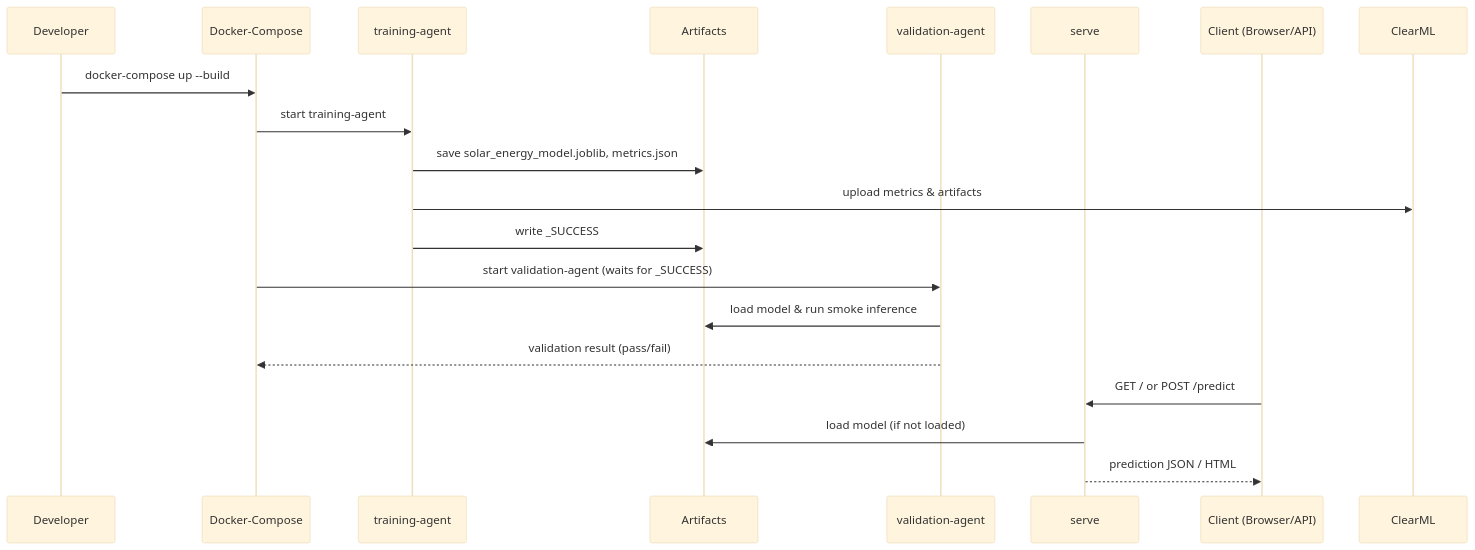
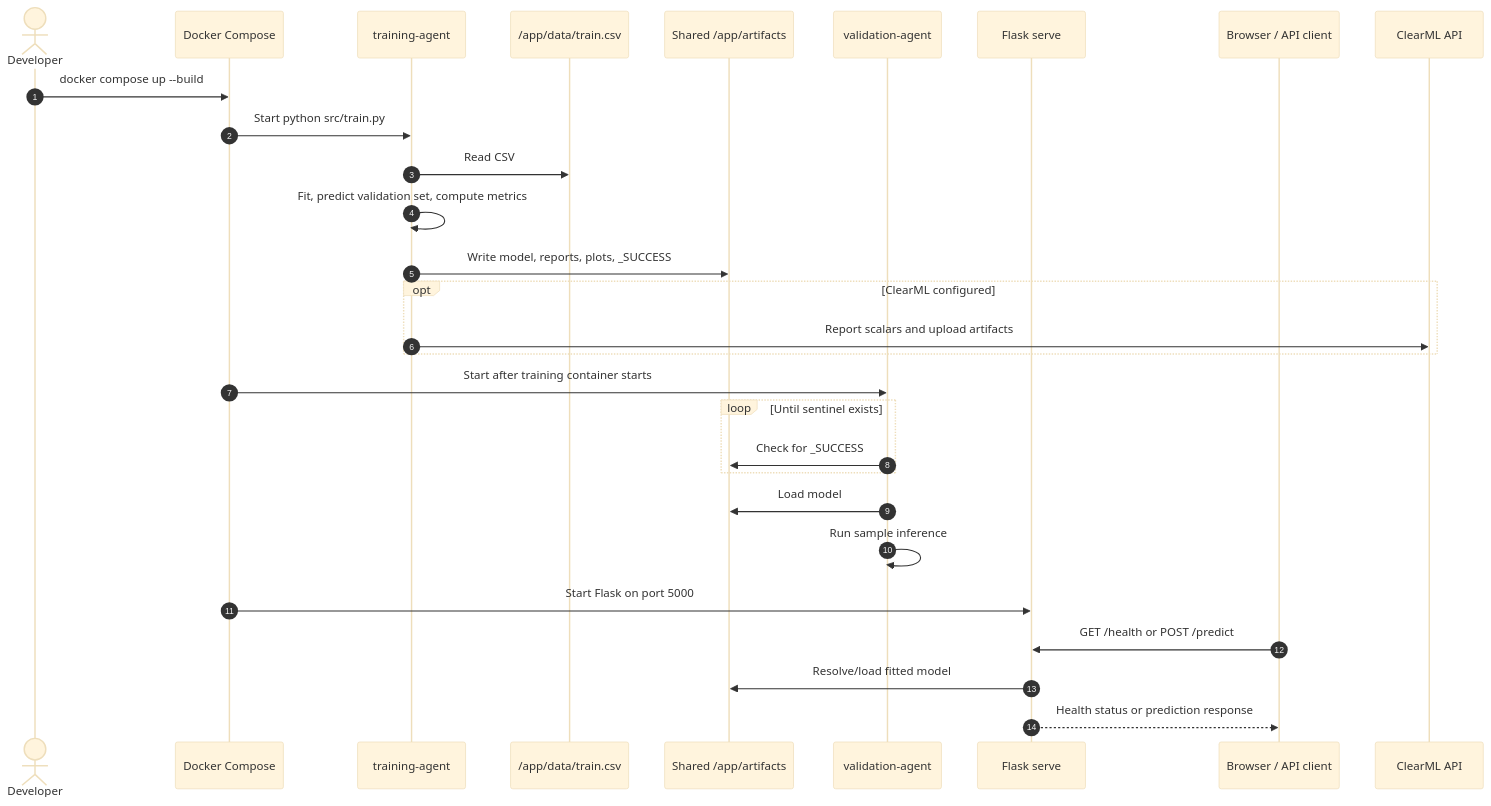
Before and after one commit to Puri9441/solar_prediction: the fifth of 7 diagrams in ARCHITECTURE.md, drawn with Mermaid (base theme). The commit also changed other lines of this file, not shown here.

````diff
--- a/ARCHITECTURE.md
+++ b/ARCHITECTURE.md
@@ -140,23 +223,32 @@
 ```mermaid
 sequenceDiagram
-  participant Dev as Developer
-  participant DC as Docker-Compose
-  participant Train as training-agent
-  participant Art as Artifacts
-  participant Val as validation-agent
-  participant Serve as serve
-  participant Client as Client (Browser/API)
-  participant Clear as ClearML
+    autonumber
+    actor Developer
+    participant Compose as Docker Compose
+    participant Trainer as training-agent
+    participant Data as /app/data/train.csv
+    participant Artifacts as Shared /app/artifacts
+    participant Validator as validation-agent
+    participant Serve as Flask serve
+    participant Client as Browser / API client
+    participant ClearML as ClearML API
 
-  Dev->>DC: docker-compose up --build
-  DC->>Train: start training-agent
-  Train->>Art: save solar_energy_model.joblib, metrics.json
-  Train->>Clear: upload metrics & artifacts
-  Train->>Art: write _SUCCESS
-  DC->>Val: start validation-agent (waits for _SUCCESS)
-  Val->>Art: load model & run smoke inference
-  Val-->>DC: validation result (pass/fail)
-  Client->>Serve: GET / or POST /predict
-  Serve->>Art: load model (if not loaded)
-  Serve-->>Client: prediction JSON / HTML
+    Developer->>Compose: docker compose up --build
+    Compose->>Trainer: Start python src/train.py
+    Trainer->>Data: Read CSV
+    Trainer->>Trainer: Fit, predict validation set, compute metrics
+    Trainer->>Artifacts: Write model, reports, plots, _SUCCESS
+    opt ClearML configured
+        Trainer->>ClearML: Report scalars and upload artifacts
+    end
+    Compose->>Validator: Start after training container starts
+    loop Until sentinel exists
+        Validator->>Artifacts: Check for _SUCCESS
+    end
+    Validator->>Artifacts: Load model
+    Validator->>Validator: Run sample inference
+    Compose->>Serve: Start Flask on port 5000
+    Client->>Serve: GET /health or POST /predict
+    Serve->>Artifacts: Resolve/load fitted model
+    Serve-->>Client: Health status or prediction response
 ```
````
